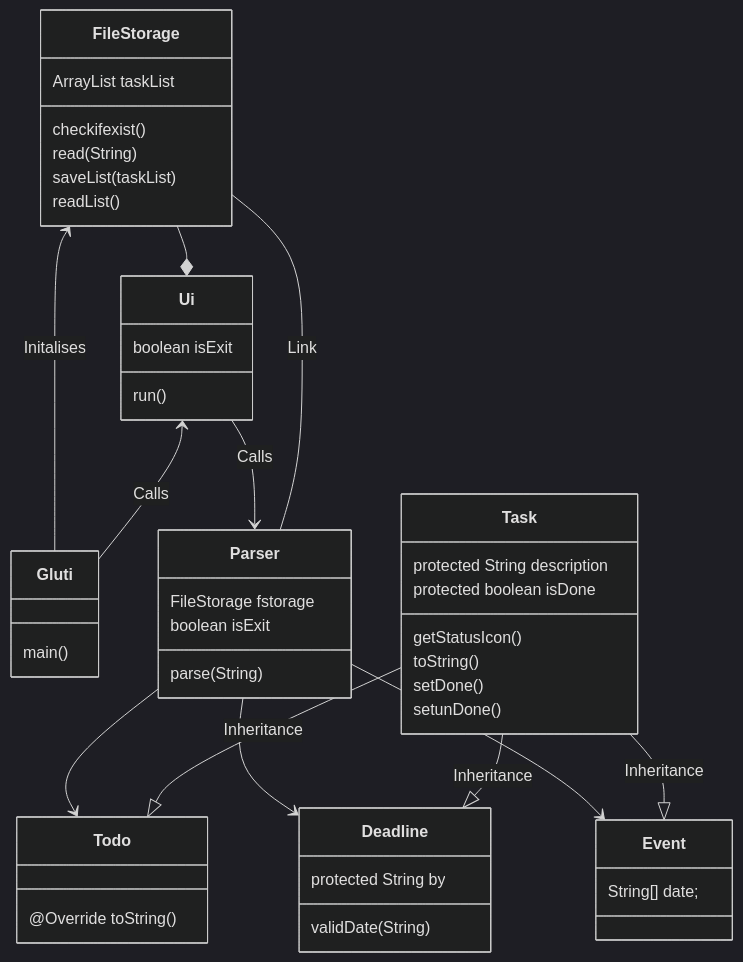
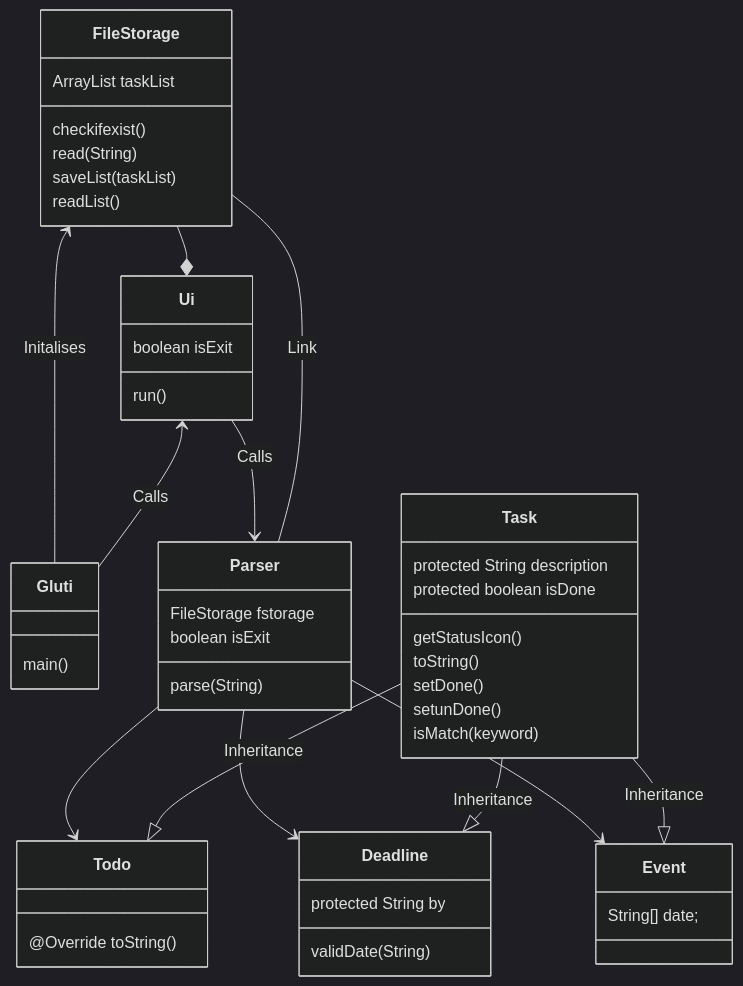
One commit to nus-cs2103-AY2324S2/ip changed the diagram in README.md. Above: the diagram before and after it, drawn with Mermaid (dark theme). The commit also changed other lines of this file, not shown here.

````diff
--- a/README.md
+++ b/README.md
@@ -11,47 +31,95 @@
 ```mermaid
+
 classDiagram
+
 FileStorage <-- Gluti : Initalises
+
 FileStorage --* Ui
+
 Ui <-- Gluti : Calls
+
 Parser-- FileStorage : Link
+
 Ui --> Parser : Calls
+
 Parser --> Todo
+
 Parser --> Deadline
+
 Parser --> Event
+
 Task --|> Todo : Inheritance
+
 Task--|> Deadline: Inheritance
+
 Task--|> Event: Inheritance
-class Gluti{   main()
-}
-class Ui{   boolean isExit
-run()}
-class Parser{FileStorage fstorage
-boolean isExit
-parse(String)
-}
-class FileStorage{ ArrayList<Task> taskList
-checkifexist()
-read(String)
-saveList(taskList)
-readList()
-}
-class Task {
-protected String description
-protected boolean isDone
-getStatusIcon()
-toString()
-setDone()
-setunDone()
-}
-class Todo {
-@Override toString()
+
+class Gluti{ main()
+
 }
 
+class Ui{ boolean isExit
+
+run()}
+
+class Parser{FileStorage fstorage
+
+boolean isExit
+
+parse(String)
+
+}
+
+class FileStorage{ ArrayList<Task> taskList
+
+checkifexist()
+
+read(String)
+
+saveList(taskList)
+
+readList()
+
+}
+
+class Task {
+
+protected String description
+
+protected boolean isDone
+
+getStatusIcon()
+
+toString()
+
+setDone()
+
+setunDone()
+
+isMatch(keyword)
+
+}
+
+class Todo {
+
+@Override toString()
+
+}
+
+
+
 class Deadline {
+
 protected String by
+
 validDate(String)
+
 }
+
 class Event {
+
 String[] date;
+
 }
+
 ```
````
